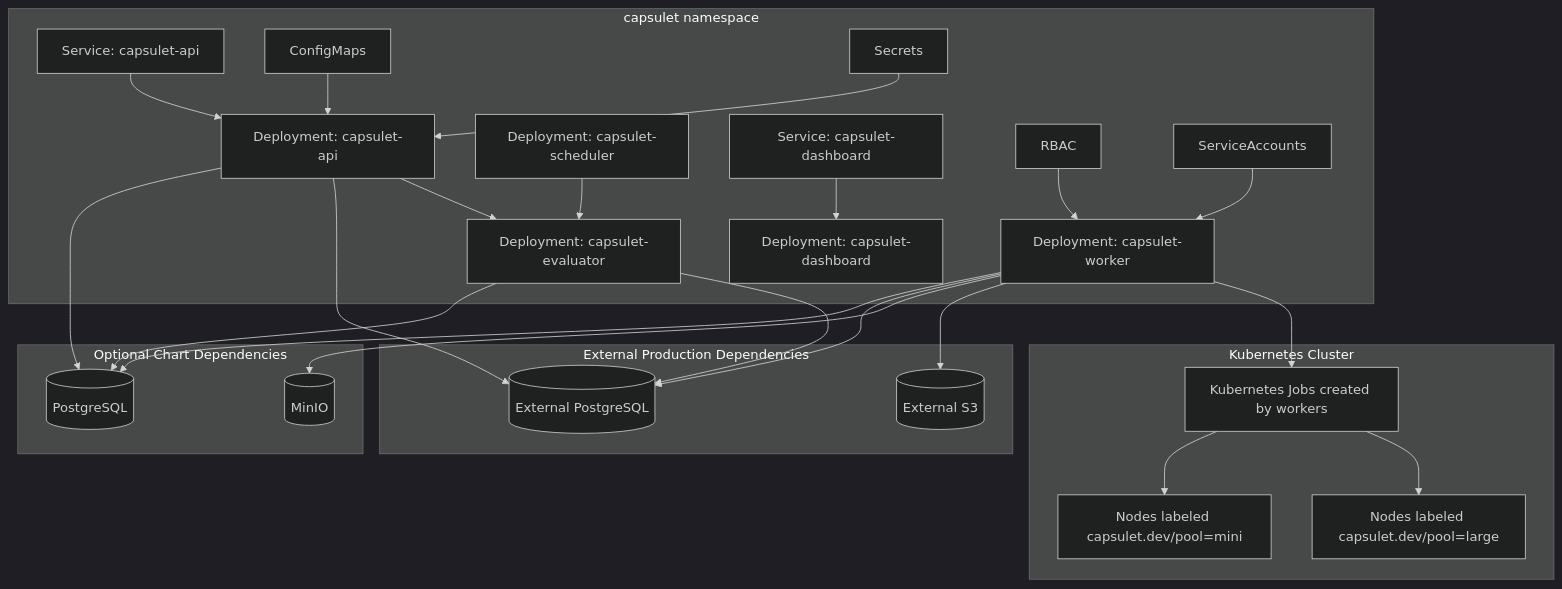
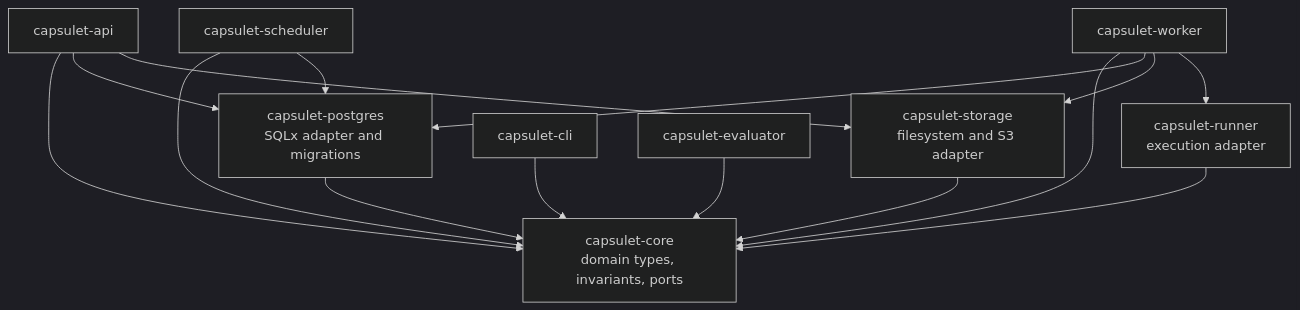
One commit to mohripan/capsulet changed the second of 6 diagrams in ARCHITECTURE.md. Above: the diagram before and after it, drawn with Mermaid (dark theme). The commit also changed other lines of this file and 13 other files, not shown here.

````diff
--- a/ARCHITECTURE.md
+++ b/ARCHITECTURE.md
@@ -430,52 +103,27 @@
 ```mermaid
-flowchart TB
-    subgraph ns[capsulet namespace]
-        api_dep[Deployment: capsulet-api]
-        worker_dep[Deployment: capsulet-worker]
-        scheduler_dep[Deployment: capsulet-scheduler]
-        evaluator_dep[Deployment: capsulet-evaluator]
-        dashboard_dep[Deployment: capsulet-dashboard]
-        api_svc[Service: capsulet-api]
-        dashboard_svc[Service: capsulet-dashboard]
-        cm[ConfigMaps]
-        secrets[Secrets]
-        rb[RBAC]
-        sa[ServiceAccounts]
-    end
+flowchart TD
+    core[capsulet-core<br/>domain types, invariants, ports]
+    postgres[capsulet-postgres<br/>SQLx adapter and migrations]
+    storage[capsulet-storage<br/>filesystem and S3 adapter]
+    runner[capsulet-runner<br/>execution adapter]
+    api[capsulet-api]
+    scheduler[capsulet-scheduler]
+    worker[capsulet-worker]
+    cli[capsulet-cli]
+    evaluator[capsulet-evaluator]
 
-    subgraph optional[Optional Chart Dependencies]
-        pg[(PostgreSQL)]
-        minio[(MinIO)]
-    end
-
-    subgraph external[External Production Dependencies]
-        extpg[(External PostgreSQL)]
-        exts3[(External S3)]
-    end
-
-    subgraph cluster[Kubernetes Cluster]
-        mini_nodes[Nodes labeled capsulet.dev/pool=mini]
-        large_nodes[Nodes labeled capsulet.dev/pool=large]
-        jobs[Kubernetes Jobs created by workers]
-    end
-
-    dashboard_svc --> dashboard_dep
-    api_svc --> api_dep
-    api_dep --> pg
-    api_dep --> extpg
-    scheduler_dep --> evaluator_dep
-    api_dep --> evaluator_dep
-    evaluator_dep --> pg
-    evaluator_dep --> extpg
-    worker_dep --> pg
-    worker_dep --> extpg
-    worker_dep --> minio
-    worker_dep --> exts3
-    worker_dep --> jobs
-    jobs --> mini_nodes
-    jobs --> large_nodes
-    rb --> worker_dep
-    sa --> worker_dep
-    cm --> api_dep
-    secrets --> api_dep
+    postgres --> core
+    storage --> core
+    runner --> core
+    api --> core
+    api --> postgres
+    api --> storage
+    scheduler --> core
+    scheduler --> postgres
+    worker --> core
+    worker --> postgres
+    worker --> storage
+    worker --> runner
+    cli --> core
+    evaluator --> core
 ```
````
